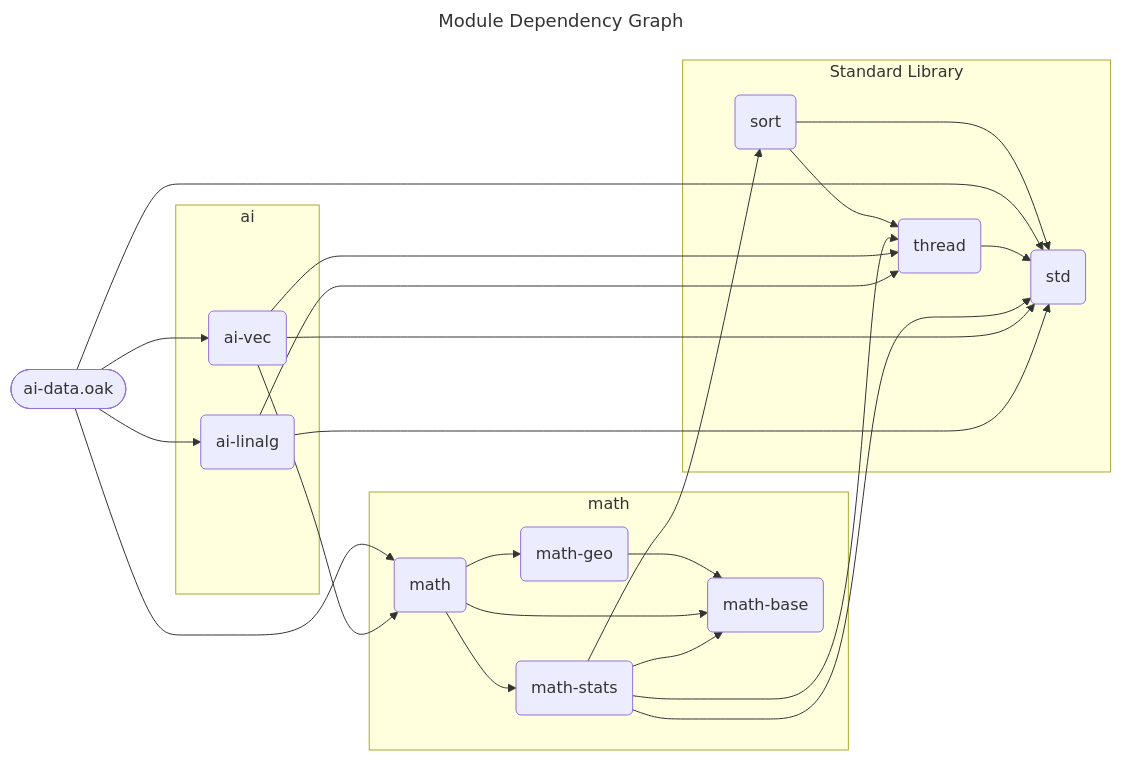
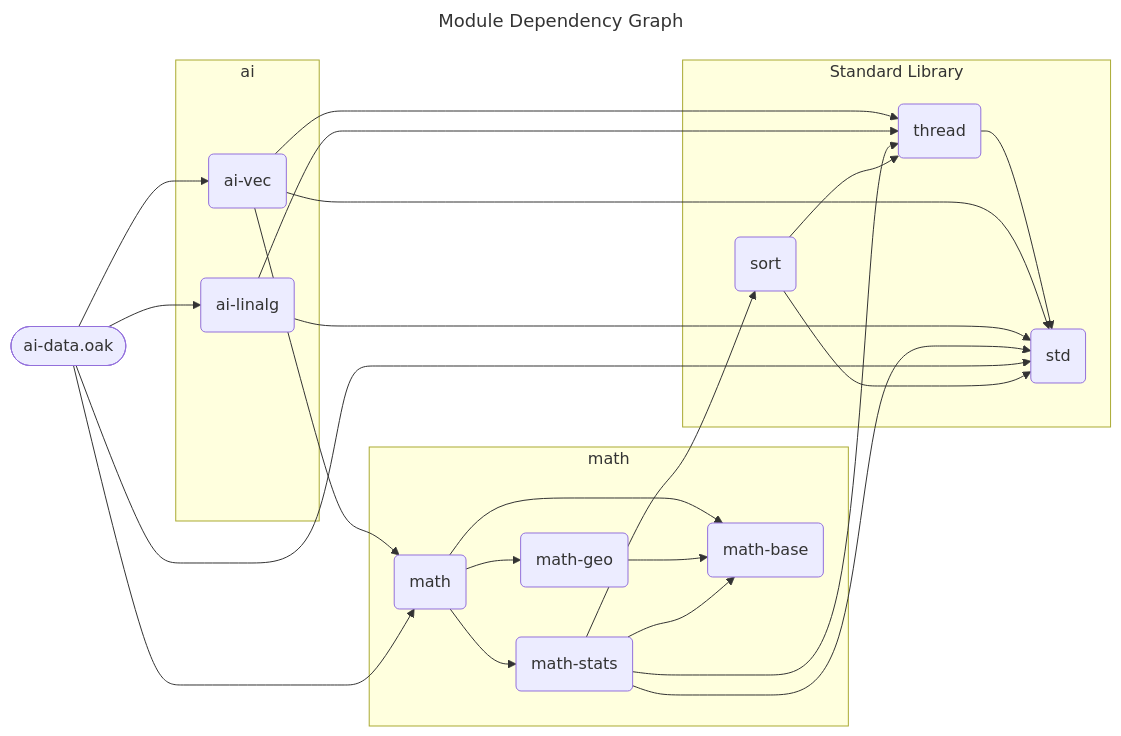
One commit to SpcFORK/magnolia changed the diagram in docs/spec/ai-data.mmd. Above: the diagram before and after it, drawn with Mermaid. The commit also changed other lines of this file and 148 other files, not shown here.

First line of the commit message:
Refactor module dependency graphs and improve code generation

```diff
--- a/docs/spec/ai-data.mmd
+++ b/docs/spec/ai-data.mmd
@@ -1,40 +1,40 @@
 ---
 title: Module Dependency Graph
 ---
 flowchart LR
     lib_ai_data_oak(["ai-data.oak"])
     subgraph stdlib_ai ["ai"]
         ai_vec("ai-vec")
         ai_linalg("ai-linalg")
     end
     subgraph stdlib_math ["math"]
+        math("math")
+        math_geo("math-geo")
+        math_stats("math-stats")
         math_base("math-base")
-        math_geo("math-geo")
-        math("math")
-        math_stats("math-stats")
     end
     subgraph stdlib_core ["Standard Library"]
+        thread("thread")
         std("std")
         sort("sort")
-        thread("thread")
     end
+    thread --> std
+    ai_vec --> std
+    ai_vec --> math
+    ai_vec --> thread
+    math --> math_base
+    math --> math_geo
+    math --> math_stats
     math_geo --> math_base
-    sort --> std
-    sort --> thread
+    ai_linalg --> std
+    ai_linalg --> thread
+    math_stats --> std
+    math_stats --> sort
+    math_stats --> math_base
+    math_stats --> thread
     lib_ai_data_oak --> std
     lib_ai_data_oak --> math
     lib_ai_data_oak --> ai_vec
     lib_ai_data_oak --> ai_linalg
-    thread --> std
-    math --> math_base
-    math --> math_geo
-    math --> math_stats
-    math_stats --> std
-    math_stats --> sort
-    math_stats --> math_base
-    math_stats --> thread
-    ai_vec --> std
-    ai_vec --> math
-    ai_vec --> thread
-    ai_linalg --> std
-    ai_linalg --> thread
+    sort --> std
+    sort --> thread
```
